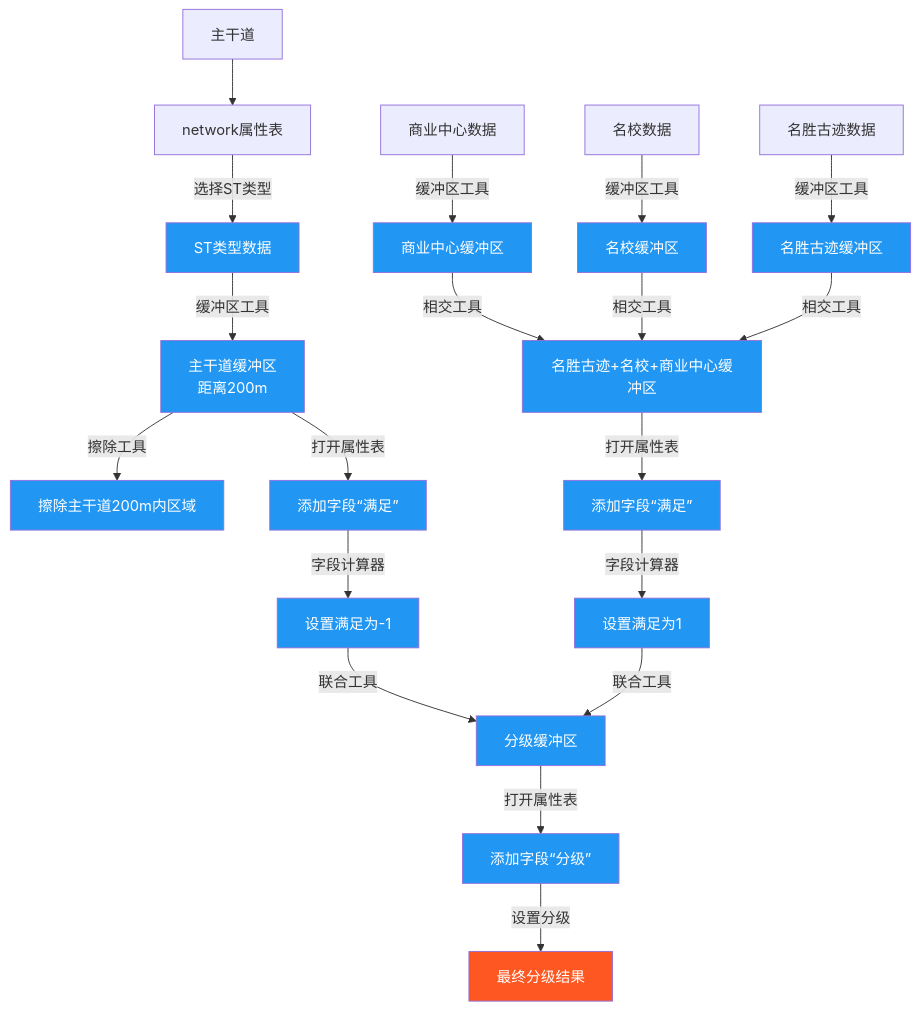
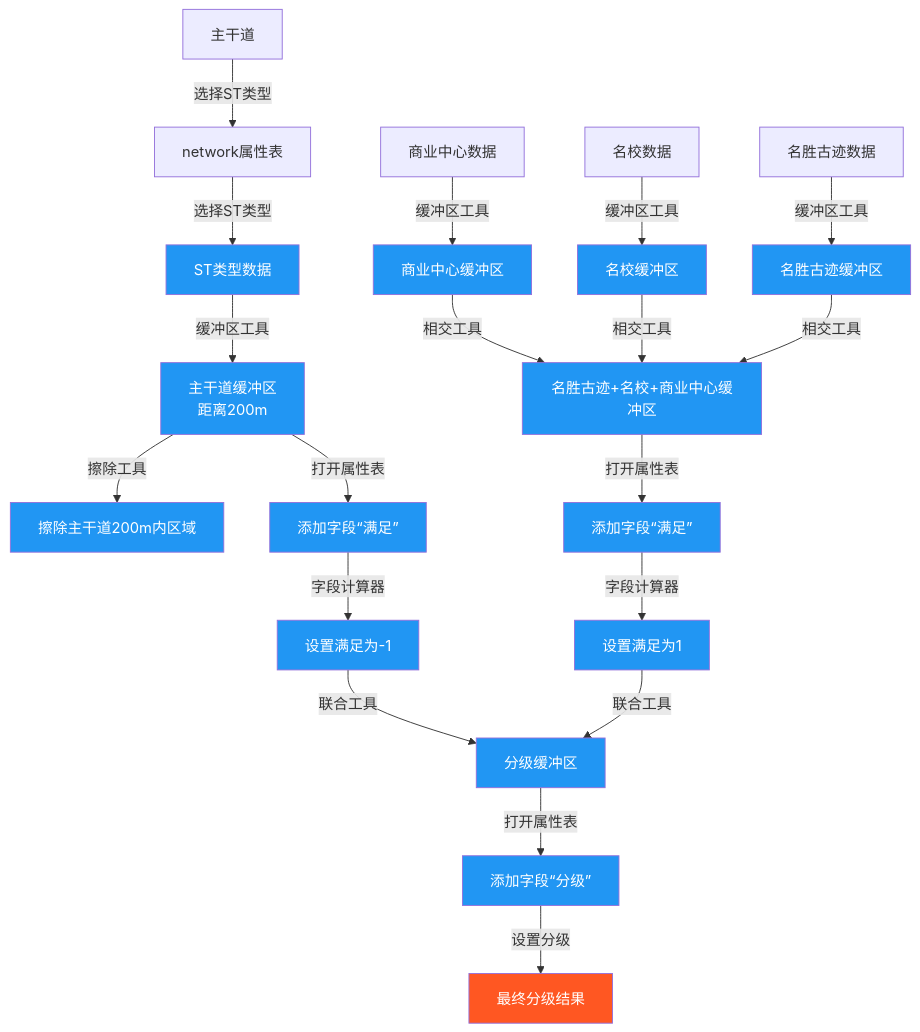
Before and after one commit to newguser/iodraw-files: the diagram in all/未命名.md, drawn with Mermaid.

Commit message:
2025-02-27 20:29:43 update

````diff
--- a/all/未命名.md
+++ b/all/未命名.md
@@ -1,26 +1,26 @@
 ```mermaid
 graph TD
-        A0[主干道] -->
+        A0[主干道] -->|选择ST类型|A1[network属性表]
         A1[network属性表] -->|选择ST类型| A2[ST类型数据]
         A2 -->|缓冲区工具| A3[主干道缓冲区<br>距离200m]
         B1[商业中心数据] -->|缓冲区工具| B2[商业中心缓冲区]
         C1[名校数据] -->|缓冲区工具| C2[名校缓冲区]
 
         D1[名胜古迹数据] -->|缓冲区工具| D2[名胜古迹缓冲区]
         B2[商业中心缓冲区]-->|相交工具| E1[名胜古迹+名校+商业中心缓冲区]
         C2[名校缓冲区]-->|相交工具| E1[名胜古迹+名校+商业中心缓冲区]
         D2 -->|相交工具| E1[名胜古迹+名校+商业中心缓冲区]
         A3 -->|擦除工具| E2[擦除主干道200m内区域]
         E1 -->|打开属性表| E3[添加字段“满足”]
         E3 -->|字段计算器| E4[设置满足为1]
         A3 -->|打开属性表| E5[添加字段“满足”]
         E5 -->|字段计算器| E6[设置满足为-1]
         E4 -->|联合工具| E7[分级缓冲区]
         E6 -->|联合工具| E7
         E7 -->|打开属性表| E8[添加字段“分级”]
         E8 -->|设置分级| E9[最终分级结果]
     
     style E9 fill:#FF5722,color:white
     classDef process fill:#2196F3,color:white;
     class A2,A3,B2,C2,D2,E1,E2,E3,E4,E5,E6,E7,E8 process
 ```
````
